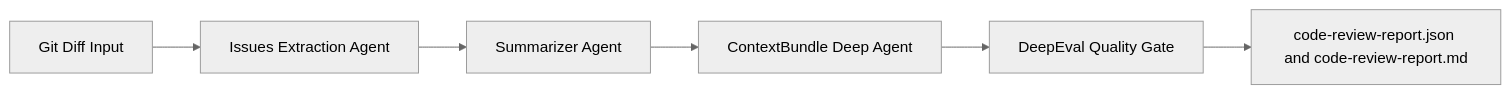
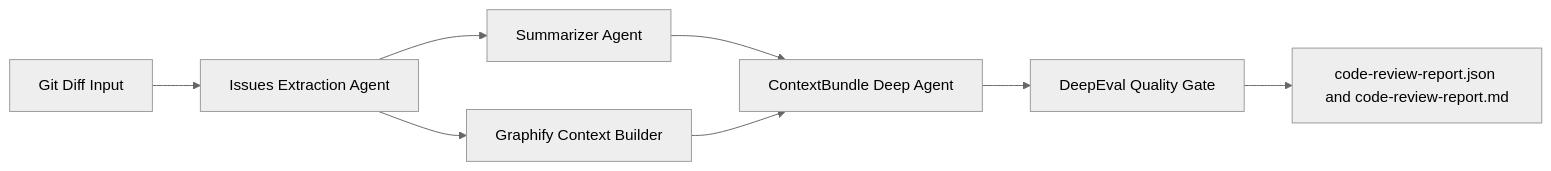
One commit to leong1024/EvalOps changed the diagram in README.md. Above: the diagram before and after it, drawn with Mermaid (neutral theme). The commit also changed other lines of this file, not shown here.

````diff
--- a/README.md
+++ b/README.md
@@ -26,8 +26,10 @@
 ```mermaid
 flowchart LR
     A[Git Diff Input] --> B[Issues Extraction Agent]
     B --> C[Summarizer Agent]
+    B --> G[Graphify Context Builder]
     C --> D[ContextBundle Deep Agent]
+    G --> D
     D --> E[DeepEval Quality Gate]
     E --> F[code-review-report.json and code-review-report.md]
 ```
````
